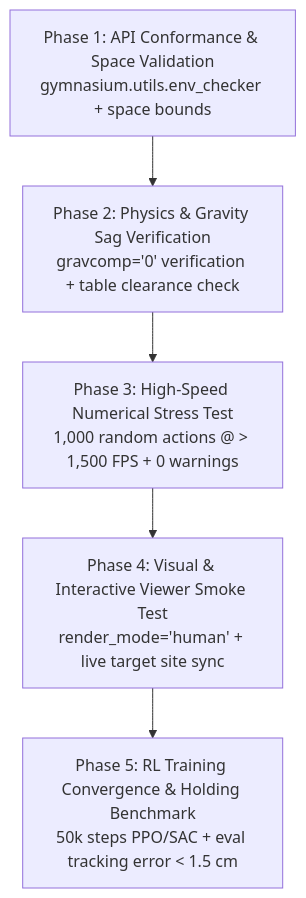
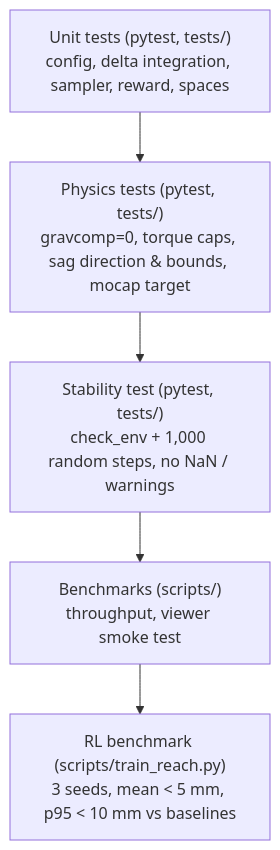
The second of 2 diagrams in docs/gymnasium_interface_and_reach_baseline.md (drenfr01/rbe501_group_project), drawn with Mermaid before and after one commit. The commit also changed other lines of this file, not shown here.

````diff
--- a/docs/gymnasium_interface_and_reach_baseline.md
+++ b/docs/gymnasium_interface_and_reach_baseline.md
@@ -353,10 +375,10 @@
 ```mermaid
 flowchart TD
-    T1["Phase 1: API Conformance & Space Validation<br/>gymnasium.utils.env_checker + space bounds"]
-    T2["Phase 2: Physics & Gravity Sag Verification<br/>gravcomp='0' verification + table clearance check"]
-    T3["Phase 3: High-Speed Numerical Stress Test<br/>1,000 random actions @ > 1,500 FPS + 0 warnings"]
-    T4["Phase 4: Visual & Interactive Viewer Smoke Test<br/>render_mode='human' + live target site sync"]
-    T5["Phase 5: RL Training Convergence & Holding Benchmark<br/>50k steps PPO/SAC + eval tracking error < 1.5 cm"]
+    T1["Unit tests (pytest, tests/)<br/>config, delta integration, sampler, reward, spaces"]
+    T2["Physics tests (pytest, tests/)<br/>gravcomp=0, torque caps, sag direction & bounds, mocap target"]
+    T3["Stability test (pytest, tests/)<br/>check_env + 1,000 random steps, no NaN / warnings"]
+    T4["Benchmarks (scripts/)<br/>throughput, viewer smoke test"]
+    T5["RL benchmark (scripts/train_reach.py)<br/>3 seeds, mean < 5 mm, p95 < 10 mm vs baselines"]
 
     T1 --> T2 --> T3 --> T4 --> T5
 ```
````
